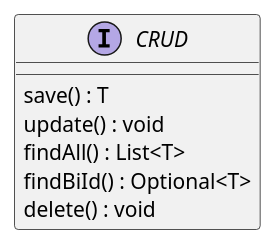
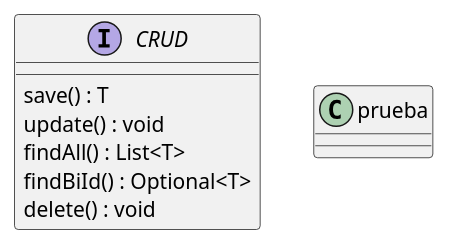
Before and after one commit to code-corhuila/analisis-sistemas-2024-b-g1: the diagram in 14-Semana/CRUD2.wsd, drawn with PlantUML.

Commit message:
verificando cambio

```diff
--- a/14-Semana/CRUD2.wsd
+++ b/14-Semana/CRUD2.wsd
@@ -1,11 +1,14 @@
 @startuml
 
 interface CRUD{
     save() : T
     update() : void
     findAll() : List<T>
     findBiId() : Optional<T>
     delete() : void
 }
+class prueba{
+    
+}
 
 @enduml
```
